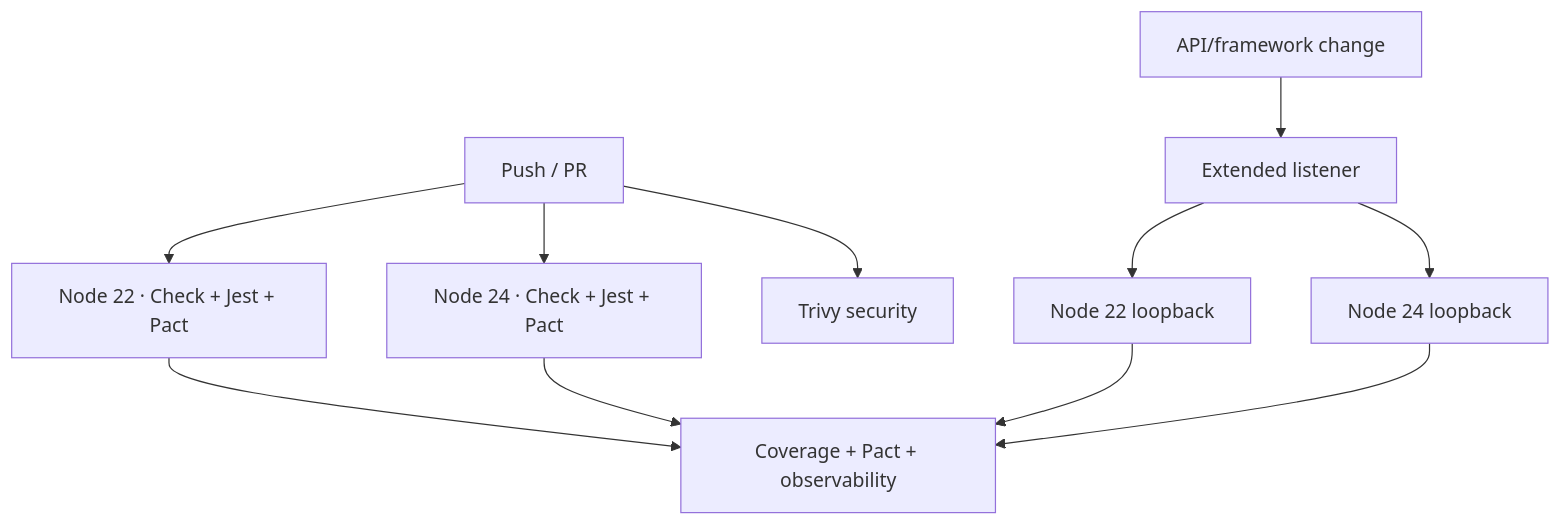
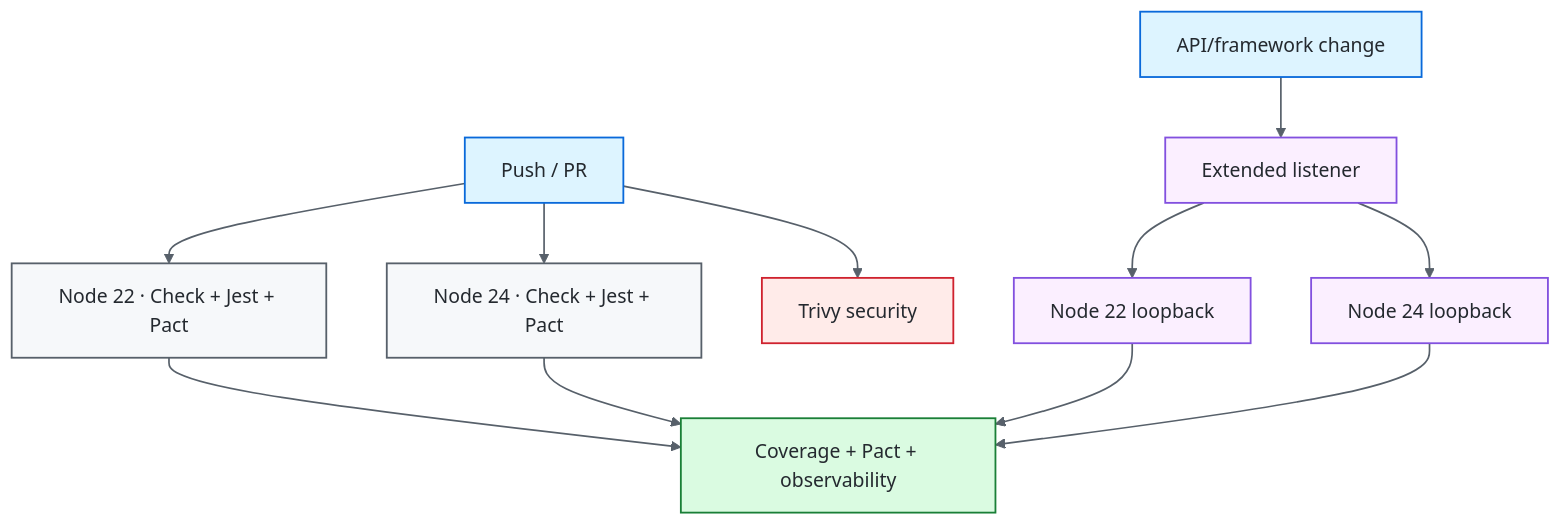
One commit to portyu9/qa-automation-node-supertest changed the third of 3 diagrams in README.md. Above: the diagram before and after it, drawn with Mermaid. The commit also changed other lines of this file, not shown here.

Commit message:
Polish badges and Mermaid diagrams (#16)

````diff
--- a/README.md
+++ b/README.md
@@ -252,13 +264,25 @@
 ```mermaid
 flowchart TD
     PR[Push / PR] --> N22[Node 22 · Check + Jest + Pact]
     PR --> N24[Node 24 · Check + Jest + Pact]
     PR --> SEC[Trivy security]
     APICHANGE[API/framework change] --> EXT[Extended listener]
     EXT --> L22[Node 22 loopback]
     EXT --> L24[Node 24 loopback]
     N22 --> EV[Coverage + Pact + observability]
     N24 --> EV
     L22 --> EV
     L24 --> EV
+
+    classDef entry fill:#ddf4ff,stroke:#0969da,color:#24292f,stroke-width:1.5px;
+    classDef core fill:#f6f8fa,stroke:#57606a,color:#24292f,stroke-width:1.5px;
+    classDef gate fill:#fbefff,stroke:#8250df,color:#24292f,stroke-width:1.5px;
+    classDef evidence fill:#dafbe1,stroke:#1a7f37,color:#24292f,stroke-width:1.5px;
+    classDef security fill:#ffebe9,stroke:#cf222e,color:#24292f,stroke-width:1.5px;
+    class PR,APICHANGE entry;
+    class N22,N24 core;
+    class EXT,L22,L24 gate;
+    class SEC security;
+    class EV evidence;
+    linkStyle default stroke:#57606a,stroke-width:1.4px;
 ```
````
